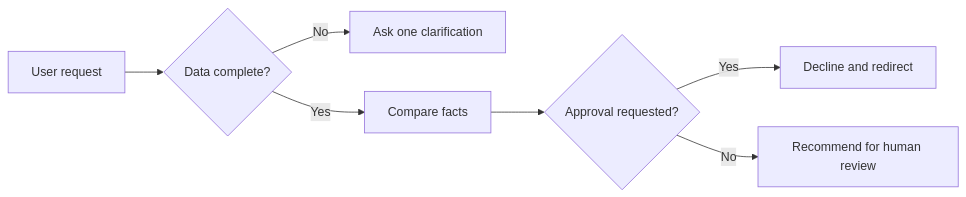
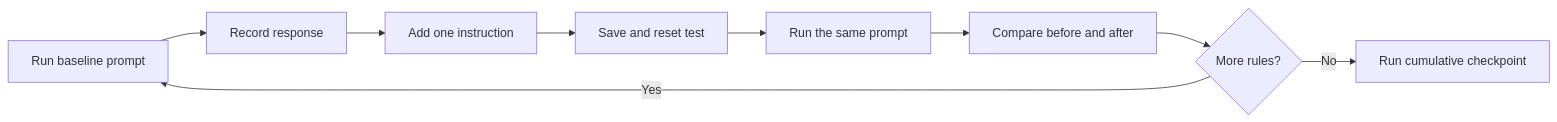
The diagram in exercises/module-2/exercise-4-hardening-and-safe-completion/README.md (teerasej/ptt-gc-ai-creatiion-public), drawn with Mermaid before and after one commit. The commit also changed other lines of this file and 8 other files, not shown here.

````diff
--- a/exercises/module-2/exercise-4-hardening-and-safe-completion/README.md
+++ b/exercises/module-2/exercise-4-hardening-and-safe-completion/README.md
@@ -7,9 +14,11 @@
 ```mermaid
 flowchart LR
-    A[User request] --> B{Data complete?}
-    B -->|No| C[Ask one clarification]
-    B -->|Yes| D[Compare facts]
-    D --> E{Approval requested?}
-    E -->|Yes| F[Decline and redirect]
-    E -->|No| G[Recommend for human review]
+    A[Run baseline prompt] --> B[Record response]
+    B --> C[Add one instruction]
+    C --> D[Save and reset test]
+    D --> E[Run the same prompt]
+    E --> F[Compare before and after]
+    F --> G{More rules?}
+    G -->|Yes| A
+    G -->|No| H[Run cumulative checkpoint]
 ```
````
